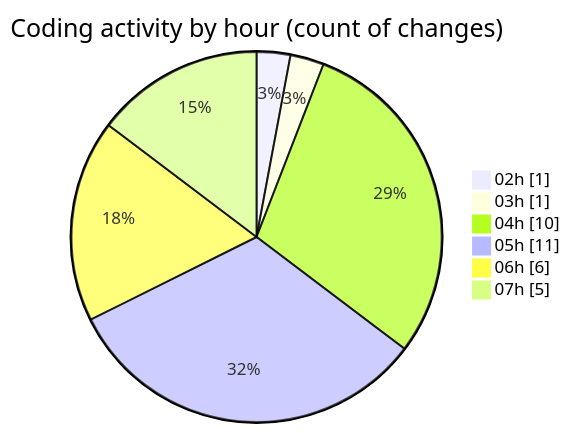
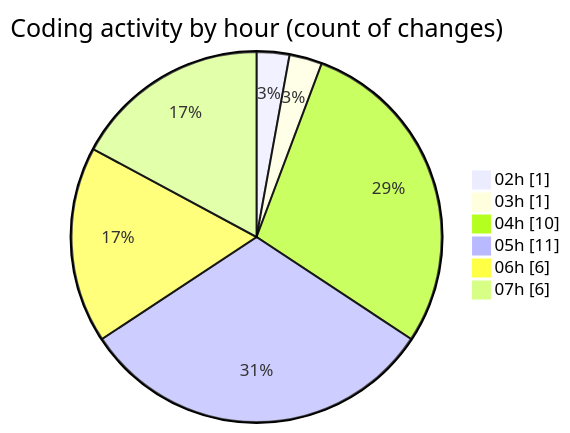
Before and after one commit to julien-gomy/code-tracking: the second of 2 diagrams in 2025-10-31/cdp_aleoudev_fr__workspace_/README.md, drawn with Mermaid. The commit also changed other lines of this file and 1 other file, not shown here.

````diff
--- a/2025-10-31/cdp_aleoudev_fr__workspace_/README.md
+++ b/2025-10-31/cdp_aleoudev_fr__workspace_/README.md
@@ -29,10 +29,10 @@
 ```mermaid
 pie showData
 title Coding activity by hour (count of changes)
 "02h" : 1
 "03h" : 1
 "04h" : 10
 "05h" : 11
 "06h" : 6
-"07h" : 5
+"07h" : 6
 ```
````
